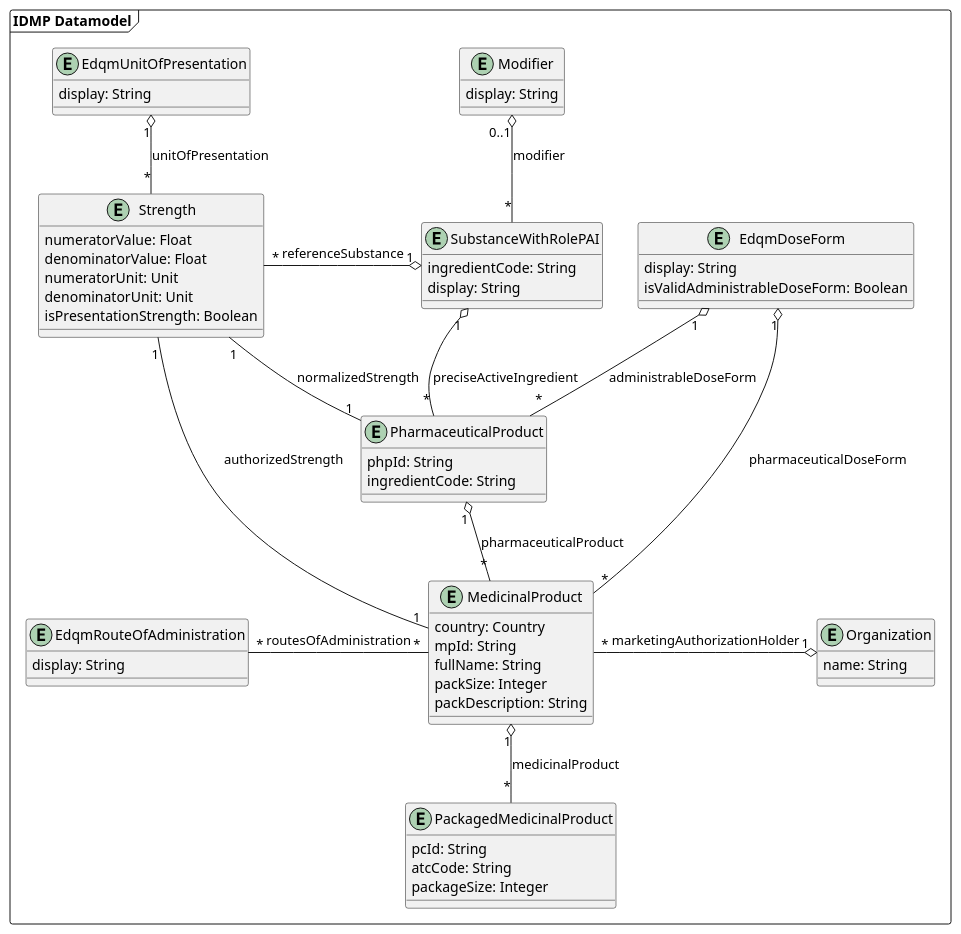
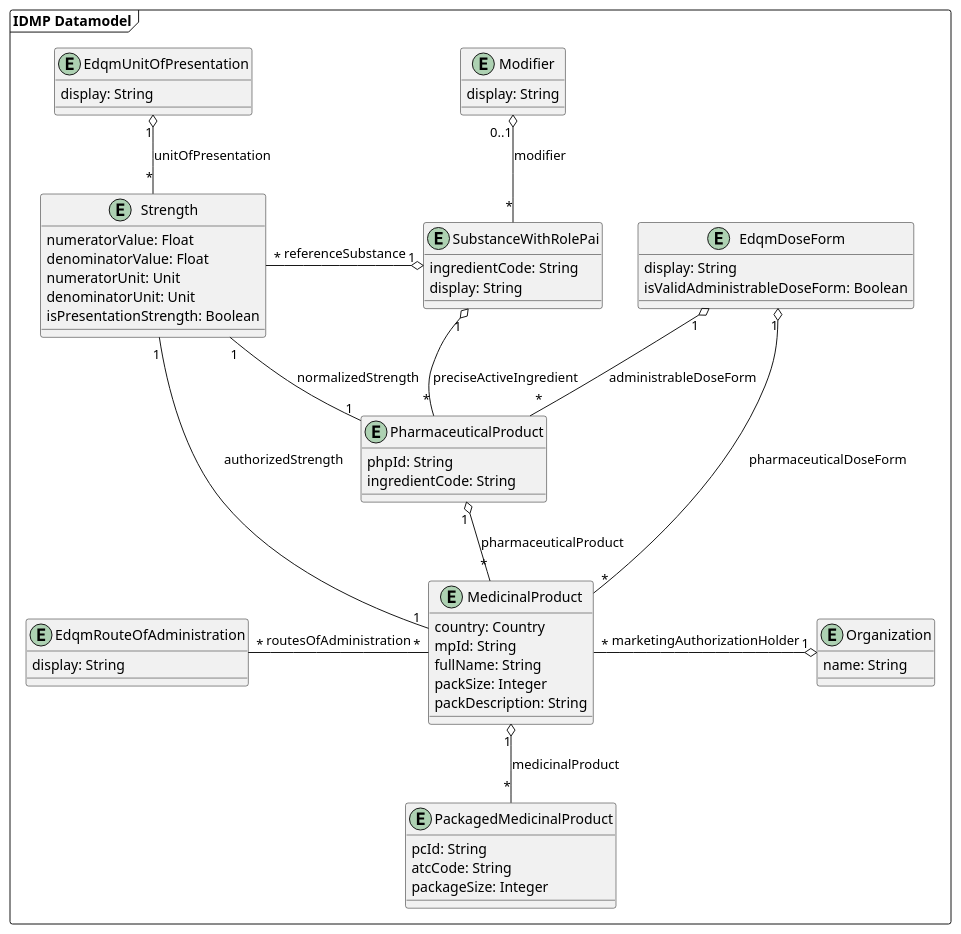
Before and after one commit to unicom-project-eu/wp6-db-api: the diagram in uml/class/datamodel.puml, drawn with PlantUML. The commit also changed 4 other files, not shown here.

```diff
--- a/uml/class/datamodel.puml
+++ b/uml/class/datamodel.puml
@@ -1,78 +1,78 @@
 @startuml
 'https://plantuml.com/class-diagram
 
 package "IDMP Datamodel" as idmpDatamodel <<frame>> {
     entity EdqmRouteOfAdministration {
         display: String
     }
 
     entity EdqmUnitOfPresentation {
         display: String
     }
 
     entity Modifier {
         display: String
     }
 
     together {
         entity EdqmDoseForm {
             display: String
             isValidAdministrableDoseForm: Boolean
         }
 
         entity Strength {
             numeratorValue: Float
             denominatorValue: Float
             numeratorUnit: Unit
             denominatorUnit: Unit
             isPresentationStrength: Boolean
         }
 
-        entity SubstanceWithRolePAI {
+        entity SubstanceWithRolePai {
             ingredientCode: String
             display: String
         }
     }
 
     entity PharmaceuticalProduct {
         phpId: String
         ingredientCode: String
     }
 
     entity MedicinalProduct {
         country: Country
         mpId: String
         fullName: String
         packSize: Integer
         packDescription: String
     }
 
     entity PackagedMedicinalProduct {
         pcId: String
         atcCode: String
         packageSize: Integer
     }
 
     entity Organization {
         name: String
     }
 
-    Modifier "0..1" o-- "*" SubstanceWithRolePAI : modifier
+    Modifier "0..1" o-- "*" SubstanceWithRolePai : modifier
 
-    SubstanceWithRolePAI "1" o------ "*" PharmaceuticalProduct : preciseActiveIngredient
+    SubstanceWithRolePai "1" o------ "*" PharmaceuticalProduct : preciseActiveIngredient
     EdqmDoseForm "1" o-- "*" PharmaceuticalProduct : administrableDoseForm
     Strength "1" -- "1" PharmaceuticalProduct : normalizedStrength
 
     PharmaceuticalProduct "1" o-- "*" MedicinalProduct : pharmaceuticalProduct
 
     MedicinalProduct "1" o-- "*" PackagedMedicinalProduct : medicinalProduct
     MedicinalProduct "*" --o "1" EdqmDoseForm : pharmaceuticalDoseForm
     MedicinalProduct "1" -- "1" Strength : authorizedStrength
     EdqmRouteOfAdministration "*" - "*" MedicinalProduct : routesOfAdministration
     EdqmUnitOfPresentation "1" o-- "*" Strength: unitOfPresentation
 
     MedicinalProduct "*" -o "1" Organization : marketingAuthorizationHolder
 
-    Strength "*" -o "1" SubstanceWithRolePAI : referenceSubstance
+    Strength "*" -o "1" SubstanceWithRolePai : referenceSubstance
 }
 @enduml
```
